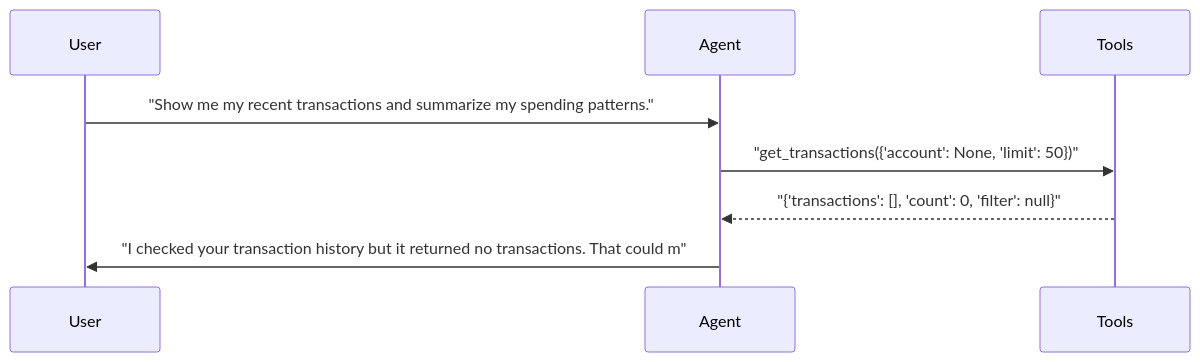
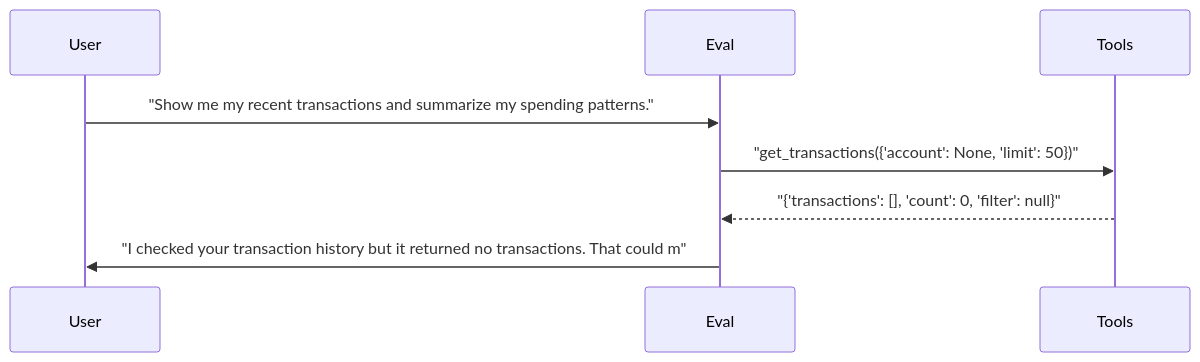
One commit to sbroenne/pytest-skill-engineering changed the fifth of 24 diagrams in docs/demo/hero-report.md. Above: the diagram before and after it, drawn with Mermaid. The commit also changed other lines of this file and 155 other files, not shown here.

````diff
--- a/docs/demo/hero-report.md
+++ b/docs/demo/hero-report.md
@@ -391,11 +391,11 @@
 ```mermaid
 sequenceDiagram
     participant User
-    participant Agent
+    participant Eval
     participant Tools
 
-    User->>Agent: "Show me my recent transactions and summarize my spending patterns."
-    Agent->>Tools: "get_transactions({'account': None, 'limit': 50})"
-    Tools-->>Agent: "{'transactions': [], 'count': 0, 'filter': null}"
-    Agent->>User: "I checked your transaction history but it returned no transactions. That could m"
+    User->>Eval: "Show me my recent transactions and summarize my spending patterns."
+    Eval->>Tools: "get_transactions({'account': None, 'limit': 50})"
+    Tools-->>Eval: "{'transactions': [], 'count': 0, 'filter': null}"
+    Eval->>User: "I checked your transaction history but it returned no transactions. That could m"
 ```
````
